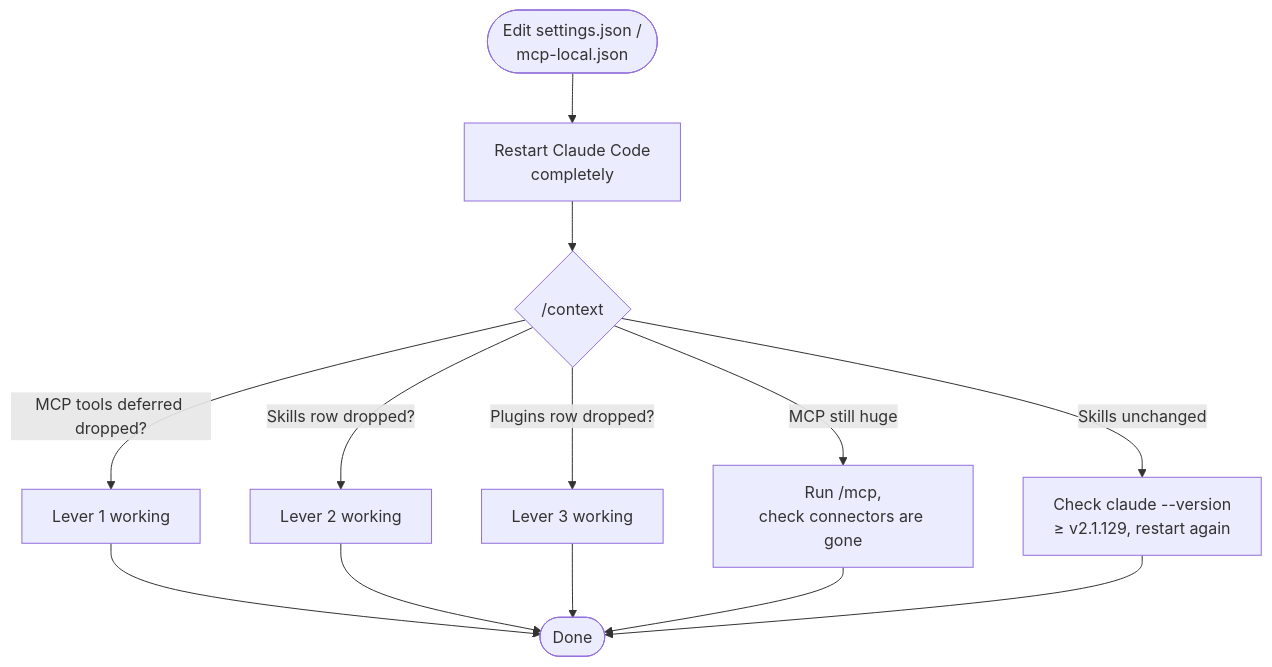
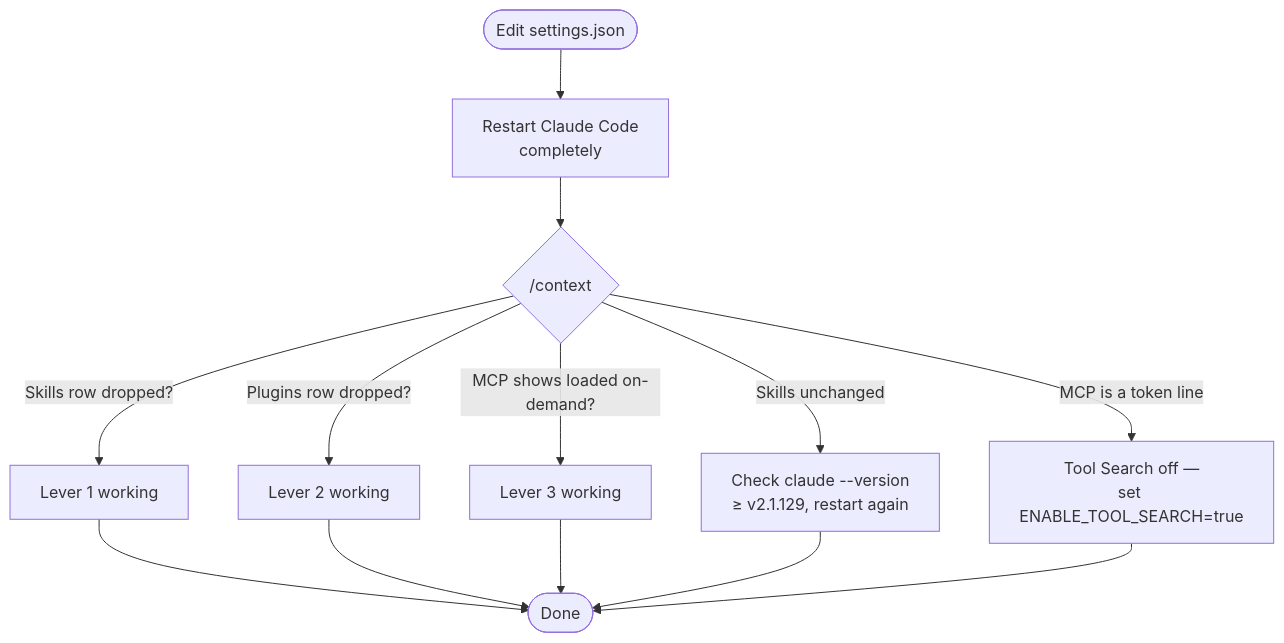
One commit to laststance/laststance.io changed the sixth of 6 diagrams in src/app/articles/Cutting-Claude-Code-Initial-Context-Bloat/content.mdx. Above: the diagram before and after it, drawn with Mermaid. The commit also changed other lines of this file and 3 other files, not shown here.

````diff
--- a/src/app/articles/Cutting-Claude-Code-Initial-Context-Bloat/content.mdx
+++ b/src/app/articles/Cutting-Claude-Code-Initial-Context-Bloat/content.mdx
@@ -351,16 +384,16 @@
 ```mermaid
 flowchart TD
-    Start([Edit settings.json /<br/>mcp-local.json]) --> Restart[Restart Claude Code<br/>completely]
+    Start([Edit settings.json]) --> Restart[Restart Claude Code<br/>completely]
     Restart --> Ctx{/context}
-    Ctx -->|MCP tools deferred dropped?| Y1[Lever 1 working]
-    Ctx -->|Skills row dropped?| Y2[Lever 2 working]
-    Ctx -->|Plugins row dropped?| Y3[Lever 3 working]
+    Ctx -->|Skills row dropped?| Y1[Lever 1 working]
+    Ctx -->|Plugins row dropped?| Y2[Lever 2 working]
+    Ctx -->|MCP shows loaded on-demand?| Y3[Lever 3 working]
     Y1 --> Done([Done])
     Y2 --> Done
     Y3 --> Done
 
-    Ctx -->|MCP still huge| Debug1[Run /mcp,<br/>check connectors are gone]
-    Ctx -->|Skills unchanged| Debug2[Check claude --version<br/>≥ v2.1.129, restart again]
+    Ctx -->|Skills unchanged| Debug1[Check claude --version<br/>≥ v2.1.129, restart again]
+    Ctx -->|MCP is a token line| Debug2[Tool Search off —<br/>set ENABLE_TOOL_SEARCH=true]
     Debug1 --> Done
     Debug2 --> Done
 ```
````
